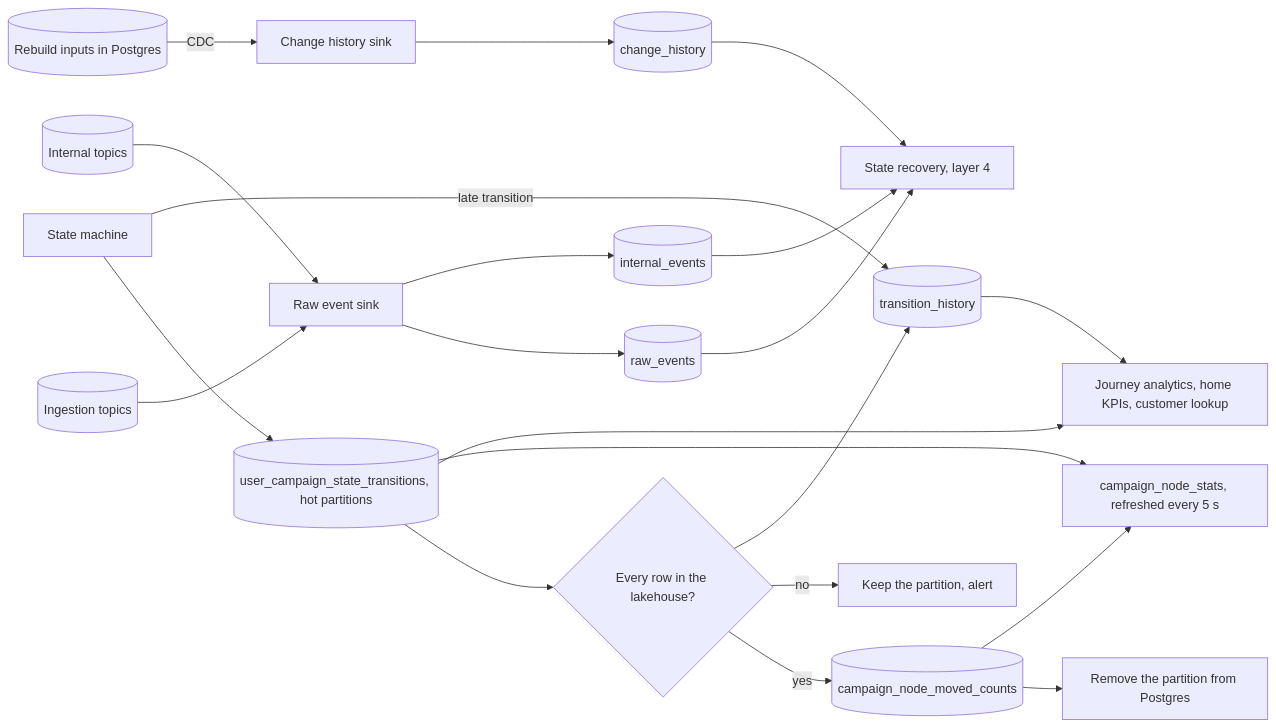
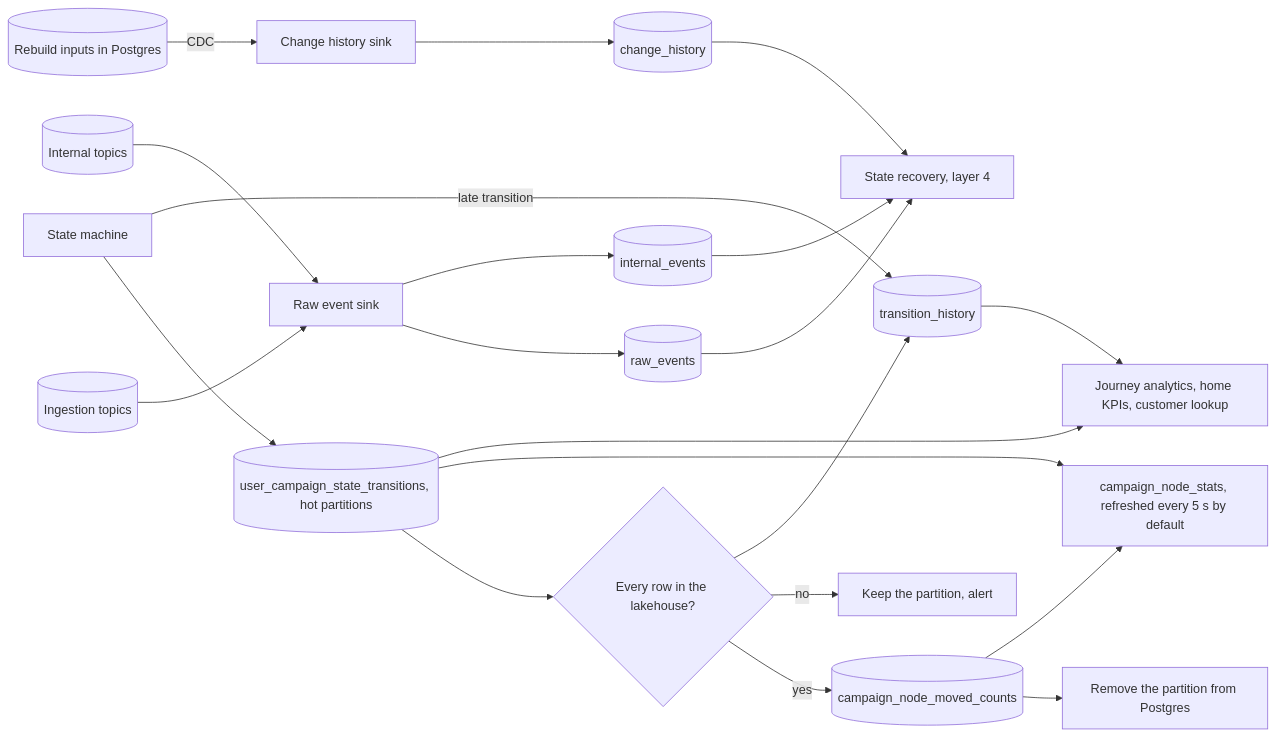
One commit to 18120158binh/salarose changed the diagram in docs/internal/architecture/components/lakehouse.md. Above: the diagram before and after it, drawn with Mermaid. The commit also changed other lines of this file and 12 other files, not shown here.

````diff
--- a/docs/internal/architecture/components/lakehouse.md
+++ b/docs/internal/architecture/components/lakehouse.md
@@ -70,23 +70,23 @@
 ```mermaid
 flowchart LR
 	topics[(Ingestion topics)] --> rawsink[Raw event sink]
 	rawsink --> raw[(raw_events)]
 	sm[State machine] --> hot[(user_campaign_state_transitions, hot partitions)]
 	sm -- late transition --> hist
 	hot --> move{Every row in the lakehouse?}
 	move -- yes --> counts[(campaign_node_moved_counts)]
 	counts --> drop[Remove the partition from Postgres]
-	hot --> stats[campaign_node_stats, refreshed every 5 s]
+	hot --> stats[campaign_node_stats, refreshed every 5 s by default]
 	counts --> stats
 	move -- no --> keep[Keep the partition, alert]
 	move --> hist[(transition_history)]
 	internal[(Internal topics)] --> rawsink
 	rawsink --> intev[(internal_events)]
 	pgin[(Rebuild inputs in Postgres)] -- CDC --> chsink[Change history sink]
 	chsink --> changes[(change_history)]
 	raw --> rebuild[State recovery, layer 4]
 	intev --> rebuild
 	changes --> rebuild
 	hot --> analytics[Journey analytics, home KPIs, customer lookup]
 	hist --> analytics
 ```
````
